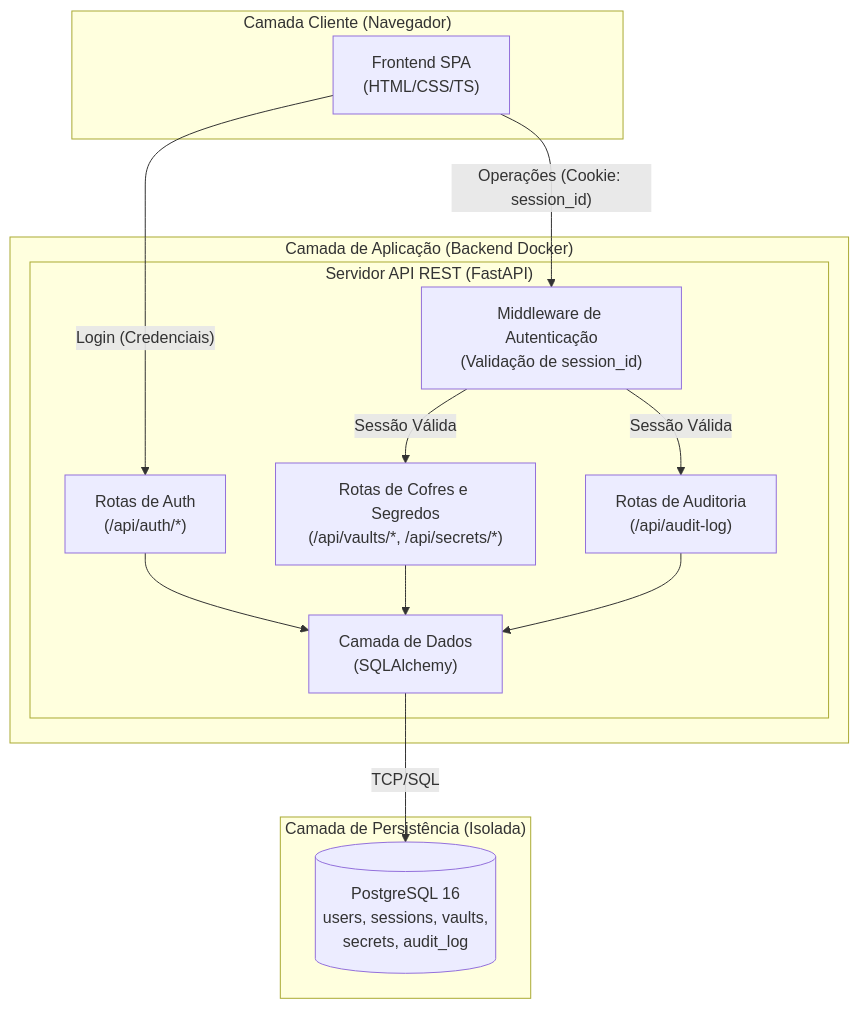
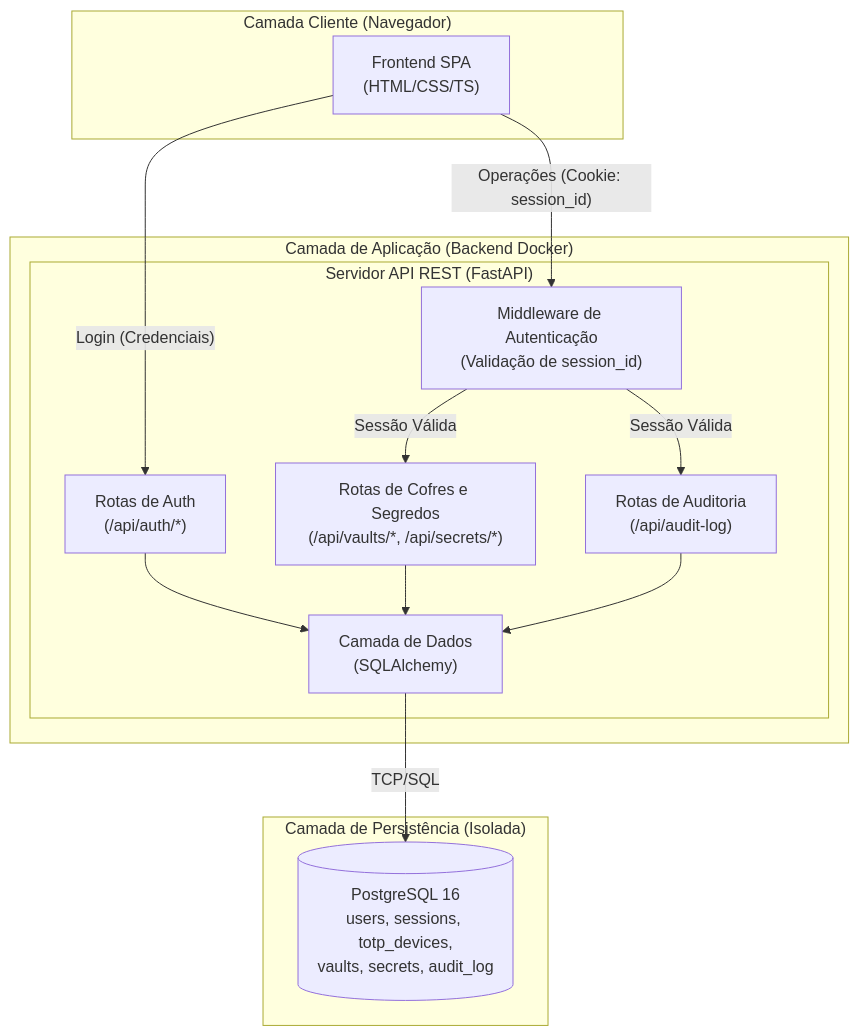
The first of 3 diagrams in docs/arquitetura.md (conviso-academy/web-keyring), drawn with Mermaid before and after one commit. The commit also changed other lines of this file and 1 other file, not shown here.

````diff
--- a/docs/arquitetura.md
+++ b/docs/arquitetura.md
@@ -15,38 +15,38 @@
 ```mermaid
 flowchart TD
     subgraph ClientLayer ["Camada Cliente (Navegador)"]
         SPA["Frontend SPA<br>(HTML/CSS/TS)"]
     end
 
     subgraph AppLayer ["Camada de Aplicação (Backend Docker)"]
         subgraph FastAPI ["Servidor API REST (FastAPI)"]
             AuthMid["Middleware de Autenticação<br>(Validação de session_id)"]
             RouterAuth["Rotas de Auth<br>(/api/auth/*)"]
             RouterVaults["Rotas de Cofres e Segredos<br>(/api/vaults/*, /api/secrets/*)"]
             RouterAudit["Rotas de Auditoria<br>(/api/audit-log)"]
             ORM["Camada de Dados<br>(SQLAlchemy)"]
         end
     end
 
     subgraph DBLayer ["Camada de Persistência (Isolada)"]
-        DB[("PostgreSQL 16<br>users, sessions, vaults,<br>secrets, audit_log")]
+        DB[("PostgreSQL 16<br>users, sessions, totp_devices,<br>vaults, secrets, audit_log")]
     end
 
     %% Relacionamentos Front -> API
     SPA -- "Login (Credenciais)" --> RouterAuth
     SPA -- "Operações (Cookie: session_id)" --> AuthMid
 
     %% Roteamento Interno
     AuthMid -- "Sessão Válida" --> RouterVaults
     AuthMid -- "Sessão Válida" --> RouterAudit
 
     %% Relacionamentos API -> ORM
     RouterAuth --> ORM
     RouterVaults --> ORM
     RouterAudit --> ORM
 
     %% Relacionamentos ORM -> DB
     ORM -- "TCP/SQL" --> DB
 
     %% Estilização delegada ao tema nativo para garantir o contraste.
 ```
````
